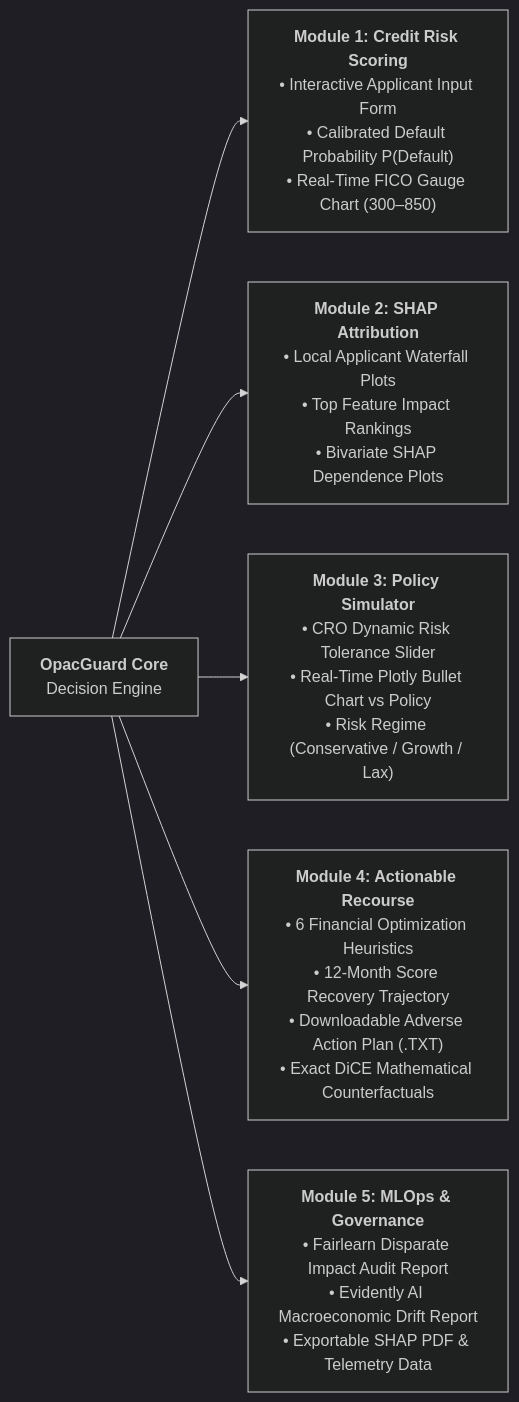
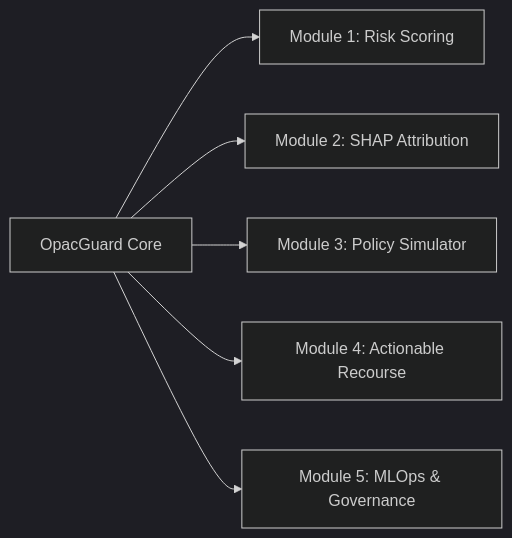
Before and after one commit to codemidas04/Opac_new: the second of 2 diagrams in README.md, drawn with Mermaid (dark theme). The commit also changed other lines of this file, not shown here.

Commit message:
docs: resolve Mermaid text truncation with native SVG nodes and add module specs

````diff
--- a/README.md
+++ b/README.md
@@ -231,8 +218,8 @@
 ```mermaid
 flowchart LR
-    App["<b>OpacGuard Core</b><br/>Decision Engine"] --> M1["<b>Module 1: Credit Risk Scoring</b><br/>• Interactive Applicant Input Form<br/>• Calibrated Default Probability P(Default)<br/>• Real-Time FICO Gauge Chart (300–850)"]
-    App --> M2["<b>Module 2: SHAP Attribution</b><br/>• Local Applicant Waterfall Plots<br/>• Top Feature Impact Rankings<br/>• Bivariate SHAP Dependence Plots"]
-    App --> M3["<b>Module 3: Policy Simulator</b><br/>• CRO Dynamic Risk Tolerance Slider<br/>• Real-Time Plotly Bullet Chart vs Policy<br/>• Risk Regime (Conservative / Growth / Lax)"]
-    App --> M4["<b>Module 4: Actionable Recourse</b><br/>• 6 Financial Optimization Heuristics<br/>• 12-Month Score Recovery Trajectory<br/>• Downloadable Adverse Action Plan (.TXT)<br/>• Exact DiCE Mathematical Counterfactuals"]
-    App --> M5["<b>Module 5: MLOps & Governance</b><br/>• Fairlearn Disparate Impact Audit Report<br/>• Evidently AI Macroeconomic Drift Report<br/>• Exportable SHAP PDF & Telemetry Data"]
+    App[OpacGuard Core] --> M1[Module 1: Risk Scoring]
+    App --> M2[Module 2: SHAP Attribution]
+    App --> M3[Module 3: Policy Simulator]
+    App --> M4[Module 4: Actionable Recourse]
+    App --> M5[Module 5: MLOps & Governance]
 ```
````
